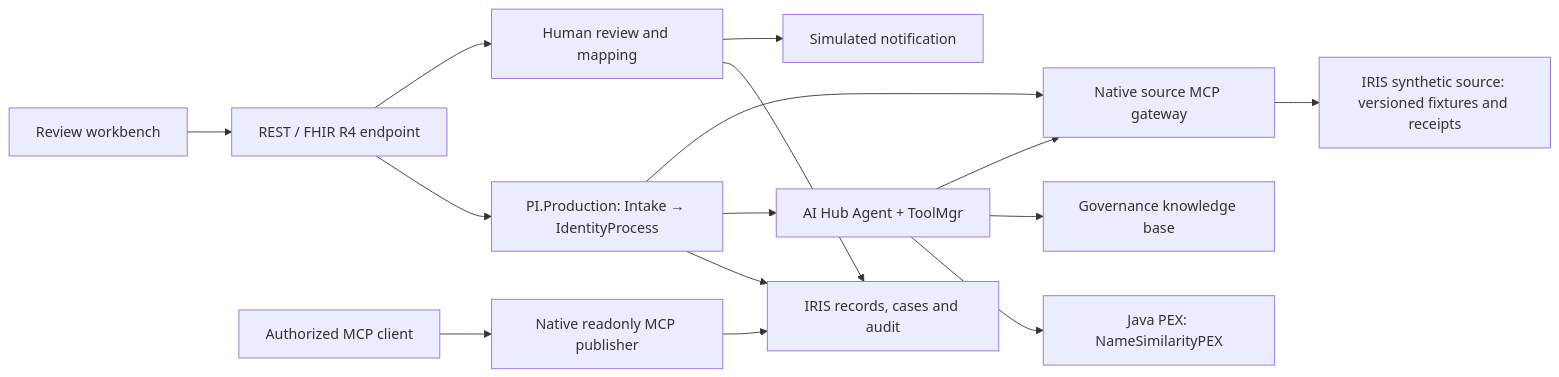
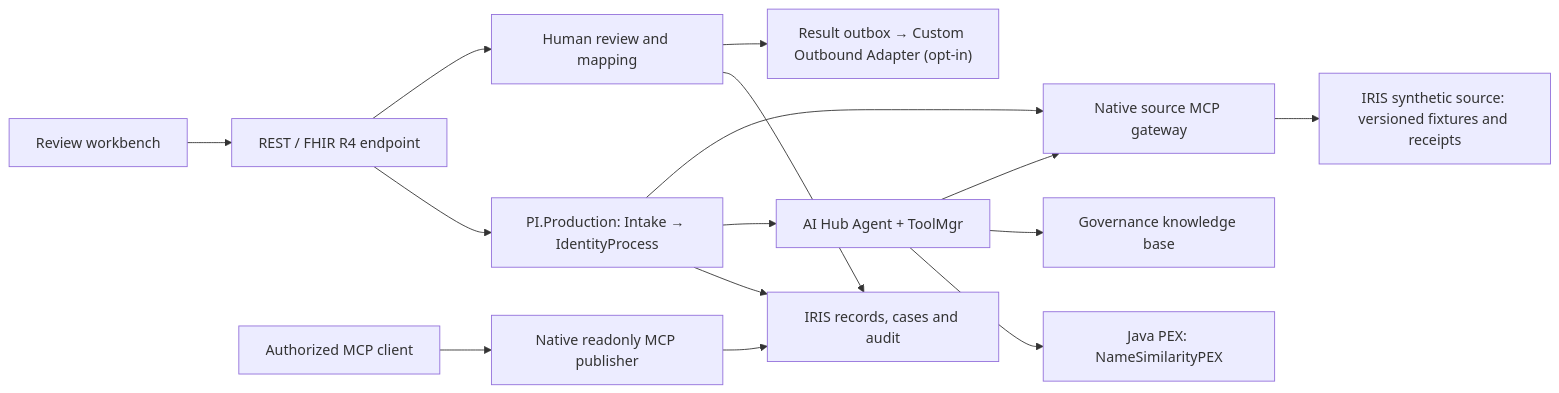
One commit to boanerges1227/pi-review changed the third of 3 diagrams in README.md. Above: the diagram before and after it, drawn with Mermaid. The commit also changed other lines of this file and 16 other files, not shown here.

Commit message:
feat: deliver review results through custom outbound adapter

````diff
--- a/README.md
+++ b/README.md
@@ -105,17 +105,17 @@
 ```mermaid
 flowchart LR
     UI["Review workbench"] --> API["REST / FHIR R4 endpoint"]
     API --> PROD["PI.Production: Intake → IdentityProcess"]
     PROD --> STORE["IRIS records, cases and audit"]
     PROD --> AGENT["AI Hub Agent + ToolMgr"]
     AGENT --> PEX["Java PEX: NameSimilarityPEX"]
     AGENT --> KB["Governance knowledge base"]
     AGENT --> SOURCE["Native source MCP gateway"]
     PROD --> SOURCE
     SOURCE --> FIXTURE["IRIS synthetic source: versioned fixtures and receipts"]
     API --> REVIEW["Human review and mapping"]
     REVIEW --> STORE
-    REVIEW --> NOTIFY["Simulated notification"]
+    REVIEW --> NOTIFY["Result outbox → Custom Outbound Adapter (opt-in)"]
     CLIENT["Authorized MCP client"] --> PUB["Native readonly MCP publisher"]
     PUB --> STORE
 ```
````
